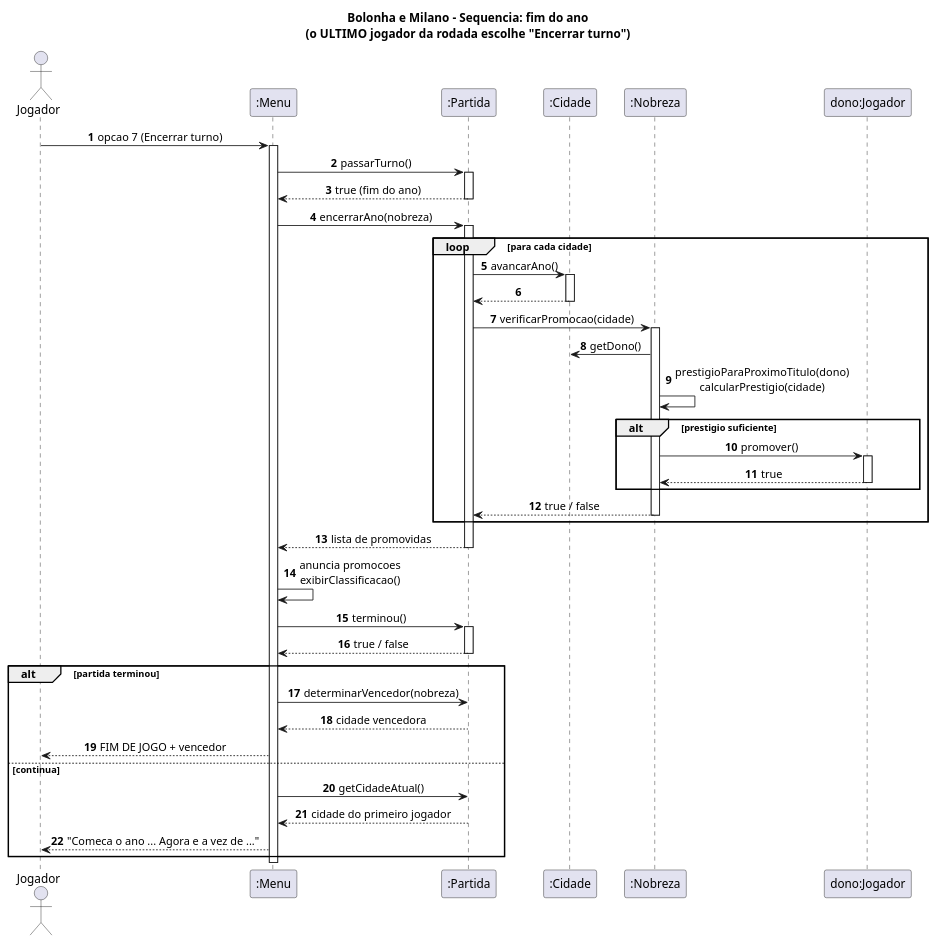
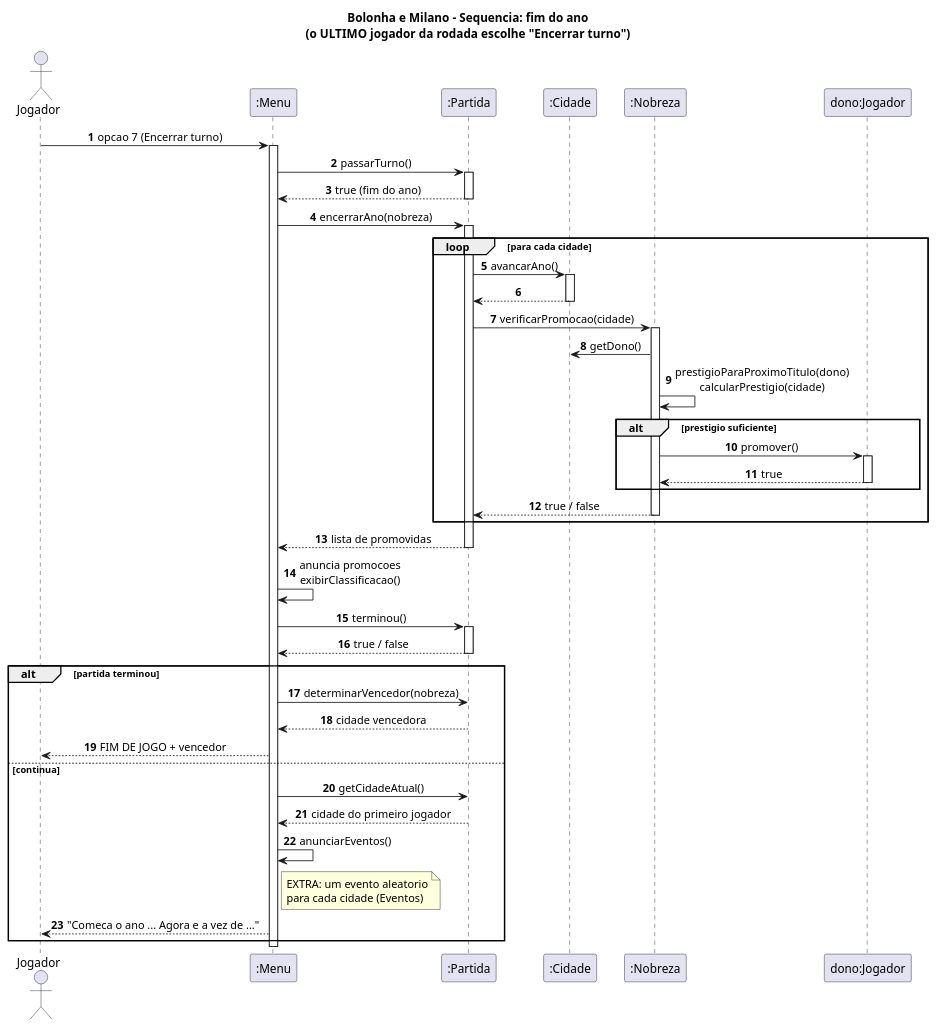
Before and after one commit to JoaoPauloQC/bolonha-milano: the diagram in uml/diagrama-sequencia-fim-do-ano.puml, drawn with PlantUML. The commit also changed 7 other files, not shown here.

```diff
--- a/uml/diagrama-sequencia-fim-do-ano.puml
+++ b/uml/diagrama-sequencia-fim-do-ano.puml
@@ -1,59 +1,64 @@
 @startuml diagrama-sequencia-fim-do-ano
 title Bolonha e Milano - Sequencia: fim do ano\n(o ULTIMO jogador da rodada escolhe "Encerrar turno")
 autonumber
 skinparam sequenceMessageAlign center
 
 actor Jogador
 participant ":Menu" as Menu
 participant ":Partida" as Partida
 participant ":Cidade" as Cidade
 participant ":Nobreza" as Nobreza
 participant "dono:Jogador" as Dono
 
 Jogador -> Menu : opcao 7 (Encerrar turno)
 activate Menu
 Menu -> Partida : passarTurno()
 activate Partida
 Partida --> Menu : true (fim do ano)
 deactivate Partida
 
 Menu -> Partida : encerrarAno(nobreza)
 activate Partida
 loop para cada cidade
   Partida -> Cidade : avancarAno()
   activate Cidade
   Cidade --> Partida
   deactivate Cidade
   Partida -> Nobreza : verificarPromocao(cidade)
   activate Nobreza
   Nobreza -> Cidade : getDono()
   Nobreza -> Nobreza : prestigioParaProximoTitulo(dono)\ncalcularPrestigio(cidade)
   alt prestigio suficiente
     Nobreza -> Dono : promover()
     activate Dono
     Dono --> Nobreza : true
     deactivate Dono
   end
   Nobreza --> Partida : true / false
   deactivate Nobreza
 end
 Partida --> Menu : lista de promovidas
 deactivate Partida
 
 Menu -> Menu : anuncia promocoes\nexibirClassificacao()
 Menu -> Partida : terminou()
 activate Partida
 Partida --> Menu : true / false
 deactivate Partida
 
 alt partida terminou
   Menu -> Partida : determinarVencedor(nobreza)
   Partida --> Menu : cidade vencedora
   Menu --> Jogador : FIM DE JOGO + vencedor
 else continua
   Menu -> Partida : getCidadeAtual()
   Partida --> Menu : cidade do primeiro jogador
+  Menu -> Menu : anunciarEventos()
+  note right of Menu
+    EXTRA: um evento aleatorio
+    para cada cidade (Eventos)
+  end note
   Menu --> Jogador : "Comeca o ano ... Agora e a vez de ..."
 end
 deactivate Menu
 @enduml
```
